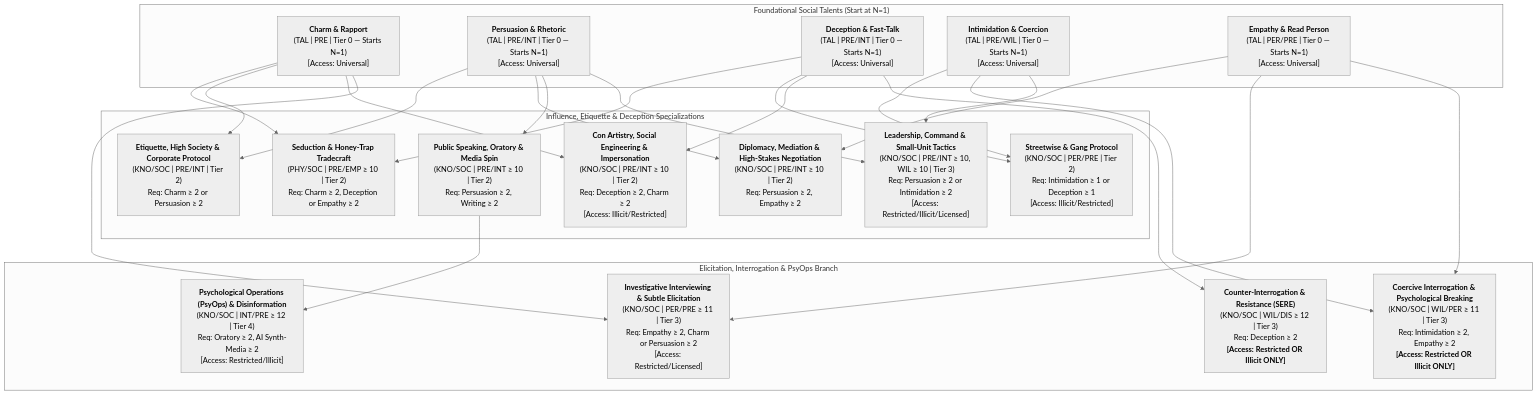
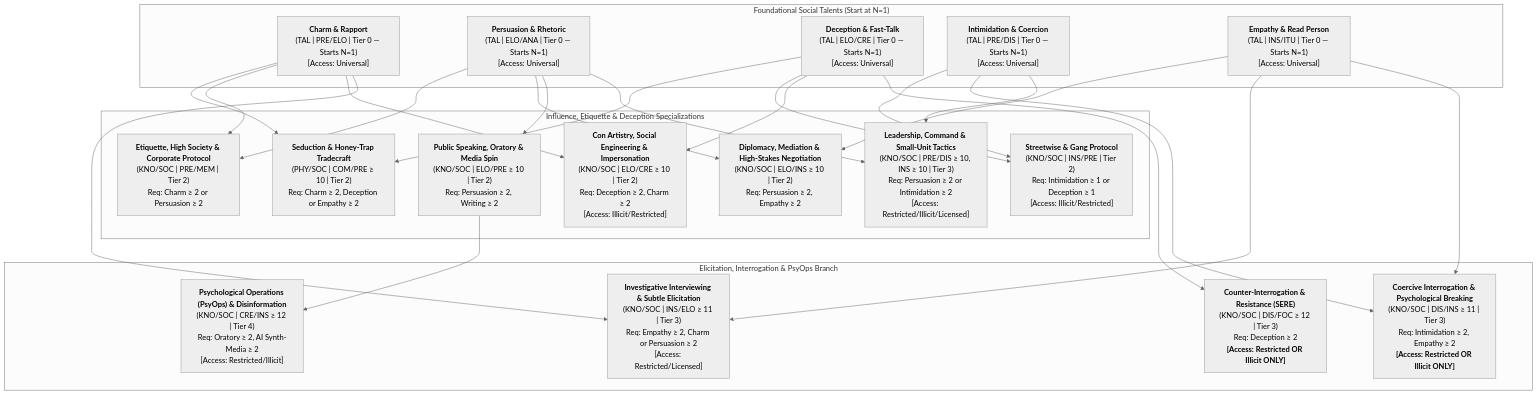
One commit to rarebreed/satya changed the seventh of 9 diagrams in docs/ttrpg/skill-design.md. Above: the diagram before and after it, drawn with Mermaid (neutral theme). The commit also changed other lines of this file and 1 other file, not shown here.

````diff
--- a/docs/ttrpg/skill-design.md
+++ b/docs/ttrpg/skill-design.md
@@ -561,47 +595,47 @@
 ```mermaid
 flowchart TD
     subgraph SocialTalents["Foundational Social Talents (Start at N=1)"]
-        Charm["<b>Charm & Rapport</b><br/>(TAL | PRE | Tier 0 — Starts N=1)<br/>[Access: Universal]"]
-        Persuade["<b>Persuasion & Rhetoric</b><br/>(TAL | PRE/INT | Tier 0 — Starts N=1)<br/>[Access: Universal]"]
-        Deceive["<b>Deception & Fast-Talk</b><br/>(TAL | PRE/INT | Tier 0 — Starts N=1)<br/>[Access: Universal]"]
-        Intim["<b>Intimidation & Coercion</b><br/>(TAL | PRE/WIL | Tier 0 — Starts N=1)<br/>[Access: Universal]"]
-        Empathy["<b>Empathy & Read Person</b><br/>(TAL | PER/PRE | Tier 0 — Starts N=1)<br/>[Access: Universal]"]
+        Charm["<b>Charm & Rapport</b><br/>(TAL | PRE/ELO | Tier 0 — Starts N=1)<br/>[Access: Universal]"]
+        Persuade["<b>Persuasion & Rhetoric</b><br/>(TAL | ELO/ANA | Tier 0 — Starts N=1)<br/>[Access: Universal]"]
+        Deceive["<b>Deception & Fast-Talk</b><br/>(TAL | ELO/CRE | Tier 0 — Starts N=1)<br/>[Access: Universal]"]
+        Intim["<b>Intimidation & Coercion</b><br/>(TAL | PRE/DIS | Tier 0 — Starts N=1)<br/>[Access: Universal]"]
+        Empathy["<b>Empathy & Read Person</b><br/>(TAL | INS/ITU | Tier 0 — Starts N=1)<br/>[Access: Universal]"]
     end
 
     subgraph InfluenceBranch["Influence, Etiquette & Deception Specializations"]
-        Seduct["<b>Seduction & Honey-Trap Tradecraft</b><br/>(PHY/SOC | PRE/EMP ≥ 10 | Tier 2)<br/>Req: Charm ≥ 2, Deception or Empathy ≥ 2"]
-        Etiquette["<b>Etiquette, High Society & Corporate Protocol</b><br/>(KNO/SOC | PRE/INT | Tier 2)<br/>Req: Charm ≥ 2 or Persuasion ≥ 2"]
-        Streetwise["<b>Streetwise & Gang Protocol</b><br/>(KNO/SOC | PER/PRE | Tier 2)<br/>Req: Intimidation ≥ 1 or Deception ≥ 1<br/>[Access: Illicit/Restricted]"]
-        ConArt["<b>Con Artistry, Social Engineering & Impersonation</b><br/>(KNO/SOC | PRE/INT ≥ 10 | Tier 2)<br/>Req: Deception ≥ 2, Charm ≥ 2<br/>[Access: Illicit/Restricted]"]
-        Negotiate["<b>Diplomacy, Mediation & High-Stakes Negotiation</b><br/>(KNO/SOC | PRE/INT ≥ 10 | Tier 2)<br/>Req: Persuasion ≥ 2, Empathy ≥ 2"]
-        Oratory["<b>Public Speaking, Oratory & Media Spin</b><br/>(KNO/SOC | PRE/INT ≥ 10 | Tier 2)<br/>Req: Persuasion ≥ 2, Writing ≥ 2"]
-        Command["<b>Leadership, Command & Small-Unit Tactics</b><br/>(KNO/SOC | PRE/INT ≥ 10, WIL ≥ 10 | Tier 3)<br/>Req: Persuasion ≥ 2 or Intimidation ≥ 2<br/>[Access: Restricted/Illicit/Licensed]"]
+        Seduct["<b>Seduction & Honey-Trap Tradecraft</b><br/>(PHY/SOC | COM/PRE ≥ 10 | Tier 2)<br/>Req: Charm ≥ 2, Deception or Empathy ≥ 2"]
+        Etiquette["<b>Etiquette, High Society & Corporate Protocol</b><br/>(KNO/SOC | PRE/MEM | Tier 2)<br/>Req: Charm ≥ 2 or Persuasion ≥ 2"]
+        Streetwise["<b>Streetwise & Gang Protocol</b><br/>(KNO/SOC | INS/PRE | Tier 2)<br/>Req: Intimidation ≥ 1 or Deception ≥ 1<br/>[Access: Illicit/Restricted]"]
+        ConArt["<b>Con Artistry, Social Engineering & Impersonation</b><br/>(KNO/SOC | ELO/CRE ≥ 10 | Tier 2)<br/>Req: Deception ≥ 2, Charm ≥ 2<br/>[Access: Illicit/Restricted]"]
+        Negotiate["<b>Diplomacy, Mediation & High-Stakes Negotiation</b><br/>(KNO/SOC | ELO/INS ≥ 10 | Tier 2)<br/>Req: Persuasion ≥ 2, Empathy ≥ 2"]
+        Oratory["<b>Public Speaking, Oratory & Media Spin</b><br/>(KNO/SOC | ELO/PRE ≥ 10 | Tier 2)<br/>Req: Persuasion ≥ 2, Writing ≥ 2"]
+        Command["<b>Leadership, Command & Small-Unit Tactics</b><br/>(KNO/SOC | PRE/DIS ≥ 10, INS ≥ 10 | Tier 3)<br/>Req: Persuasion ≥ 2 or Intimidation ≥ 2<br/>[Access: Restricted/Illicit/Licensed]"]
     end
 
     subgraph InterrogationBranch["Elicitation, Interrogation & PsyOps Branch"]
-        Elicit["<b>Investigative Interviewing & Subtle Elicitation</b><br/>(KNO/SOC | PER/PRE ≥ 11 | Tier 3)<br/>Req: Empathy ≥ 2, Charm or Persuasion ≥ 2<br/>[Access: Restricted/Licensed]"]
-        Interrog["<b>Coercive Interrogation & Psychological Breaking</b><br/>(KNO/SOC | WIL/PER ≥ 11 | Tier 3)<br/>Req: Intimidation ≥ 2, Empathy ≥ 2<br/><b>[Access: Restricted OR Illicit ONLY]</b>"]
-        SERE["<b>Counter-Interrogation & Resistance (SERE)</b><br/>(KNO/SOC | WIL/DIS ≥ 12 | Tier 3)<br/>Req: Deception ≥ 2<br/><b>[Access: Restricted OR Illicit ONLY]</b>"]
-        PsyOps["<b>Psychological Operations (PsyOps) & Disinformation</b><br/>(KNO/SOC | INT/PRE ≥ 12 | Tier 4)<br/>Req: Oratory ≥ 2, AI Synth-Media ≥ 2<br/>[Access: Restricted/Illicit]"]
+        Elicit["<b>Investigative Interviewing & Subtle Elicitation</b><br/>(KNO/SOC | INS/ELO ≥ 11 | Tier 3)<br/>Req: Empathy ≥ 2, Charm or Persuasion ≥ 2<br/>[Access: Restricted/Licensed]"]
+        Interrog["<b>Coercive Interrogation & Psychological Breaking</b><br/>(KNO/SOC | DIS/INS ≥ 11 | Tier 3)<br/>Req: Intimidation ≥ 2, Empathy ≥ 2<br/><b>[Access: Restricted OR Illicit ONLY]</b>"]
+        SERE["<b>Counter-Interrogation & Resistance (SERE)</b><br/>(KNO/SOC | DIS/FOC ≥ 12 | Tier 3)<br/>Req: Deception ≥ 2<br/><b>[Access: Restricted OR Illicit ONLY]</b>"]
+        PsyOps["<b>Psychological Operations (PsyOps) & Disinformation</b><br/>(KNO/SOC | CRE/INS ≥ 12 | Tier 4)<br/>Req: Oratory ≥ 2, AI Synth-Media ≥ 2<br/>[Access: Restricted/Illicit]"]
     end
 
     Charm --> Seduct
     Charm --> Etiquette
     Charm --> ConArt
     Charm --> Elicit
     Persuade --> Etiquette
     Persuade --> Negotiate
     Persuade --> Oratory
     Persuade --> Command
     Deceive --> Seduct
     Deceive --> Streetwise
     Deceive --> ConArt
     Deceive --> SERE
     Intim --> Streetwise
     Intim --> Interrog
     Intim --> Command
     Empathy --> Negotiate
     Empathy --> Elicit
     Empathy --> Interrog
     Oratory --> PsyOps
 ```
````
